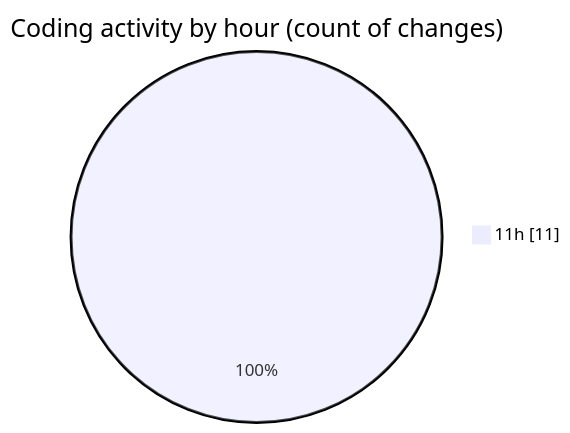
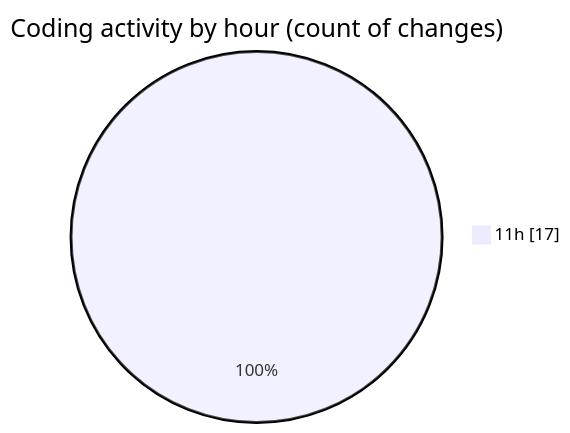
One commit to nxtqubesakshisongat/code-tracking changed the second of 2 diagrams in 2025-07-15/argos/README.md. Above: the diagram before and after it, drawn with Mermaid. The commit also changed other lines of this file and 1 other file, not shown here.

````diff
--- a/2025-07-15/argos/README.md
+++ b/2025-07-15/argos/README.md
@@ -31,5 +32,5 @@
 ```mermaid
 pie showData
 title Coding activity by hour (count of changes)
-"11h" : 11
+"11h" : 17
 ```
````
